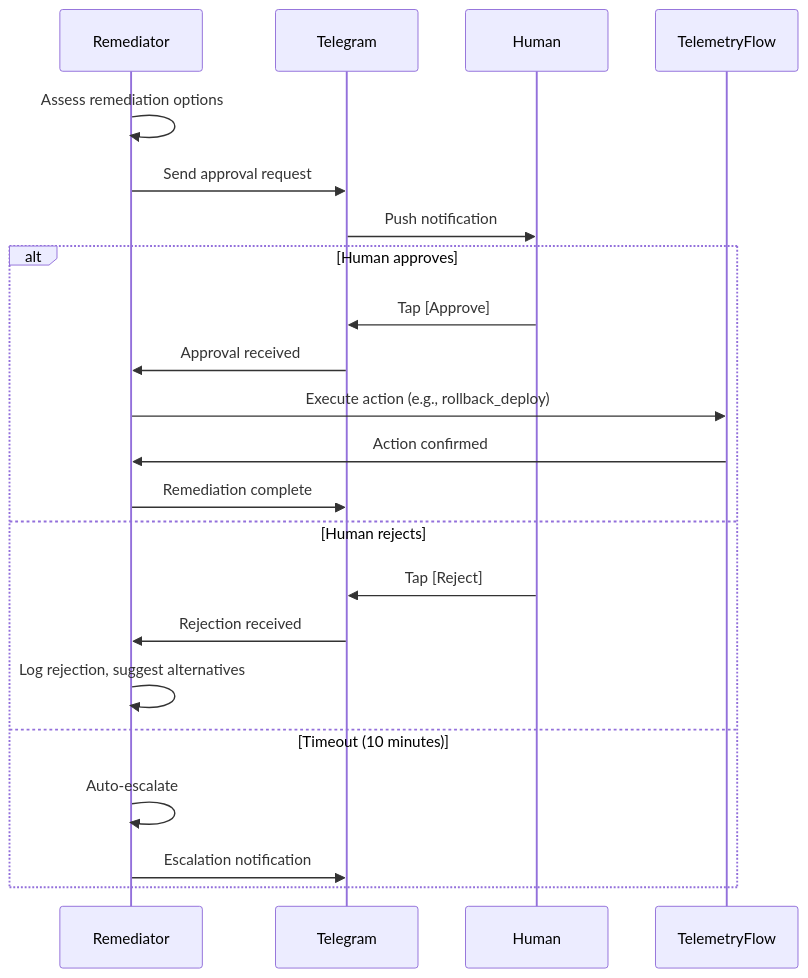
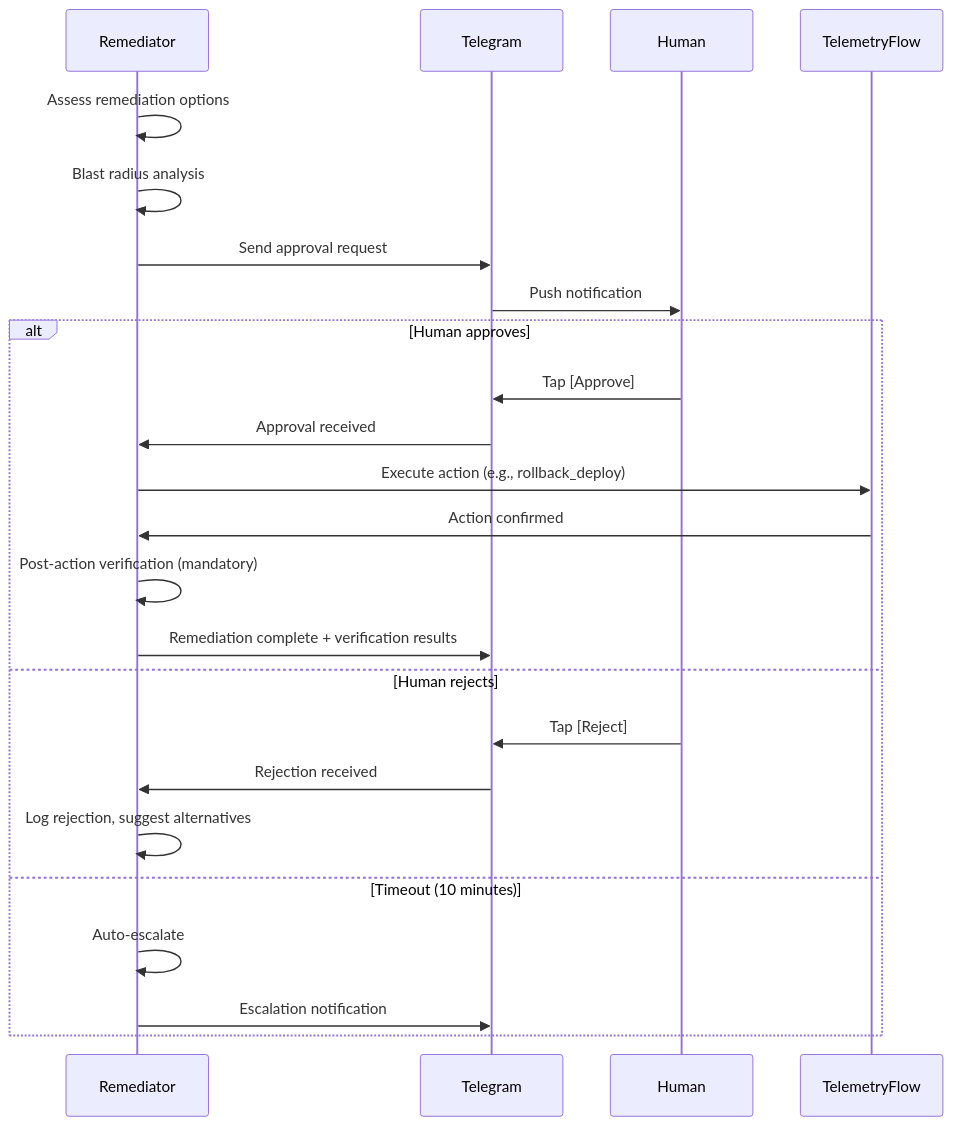
The second of 2 diagrams in docs/agents/remediator.md (telemetryflow/telemetryflow-hermes), drawn with Mermaid before and after one commit. The commit also changed other lines of this file and 63 other files, not shown here.

````diff
--- a/docs/agents/remediator.md
+++ b/docs/agents/remediator.md
@@ -85,26 +100,28 @@
 ```mermaid
 sequenceDiagram
     participant R as Remediator
     participant T as Telegram
     participant H as Human
     participant TF as TelemetryFlow
 
     R->>R: Assess remediation options
+    R->>R: Blast radius analysis
     R->>T: Send approval request
     T->>H: Push notification
 
     alt Human approves
         H->>T: Tap [Approve]
         T->>R: Approval received
         R->>TF: Execute action (e.g., rollback_deploy)
         TF->>R: Action confirmed
-        R->>T: Remediation complete
+        R->>R: Post-action verification (mandatory)
+        R->>T: Remediation complete + verification results
     else Human rejects
         H->>T: Tap [Reject]
         T->>R: Rejection received
         R->>R: Log rejection, suggest alternatives
     else Timeout (10 minutes)
         R->>R: Auto-escalate
         R->>T: Escalation notification
     end
 ```
````
